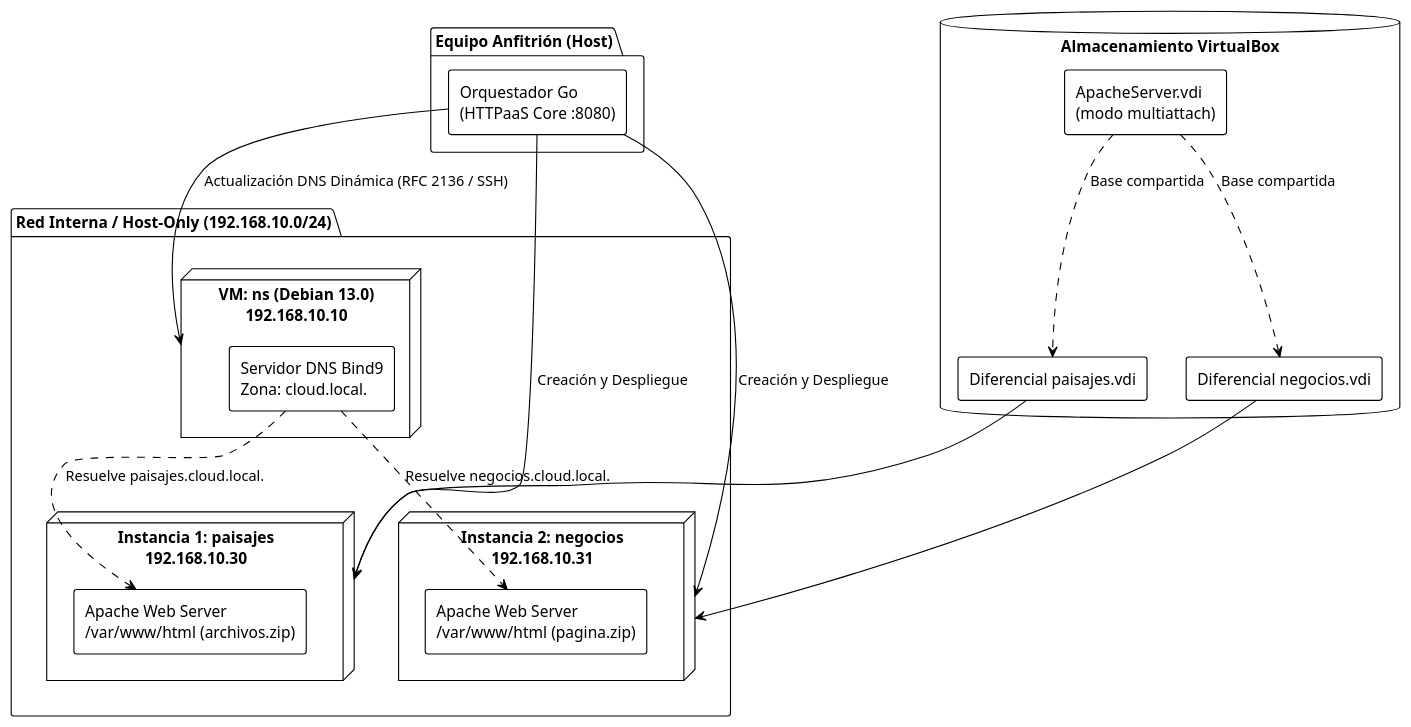
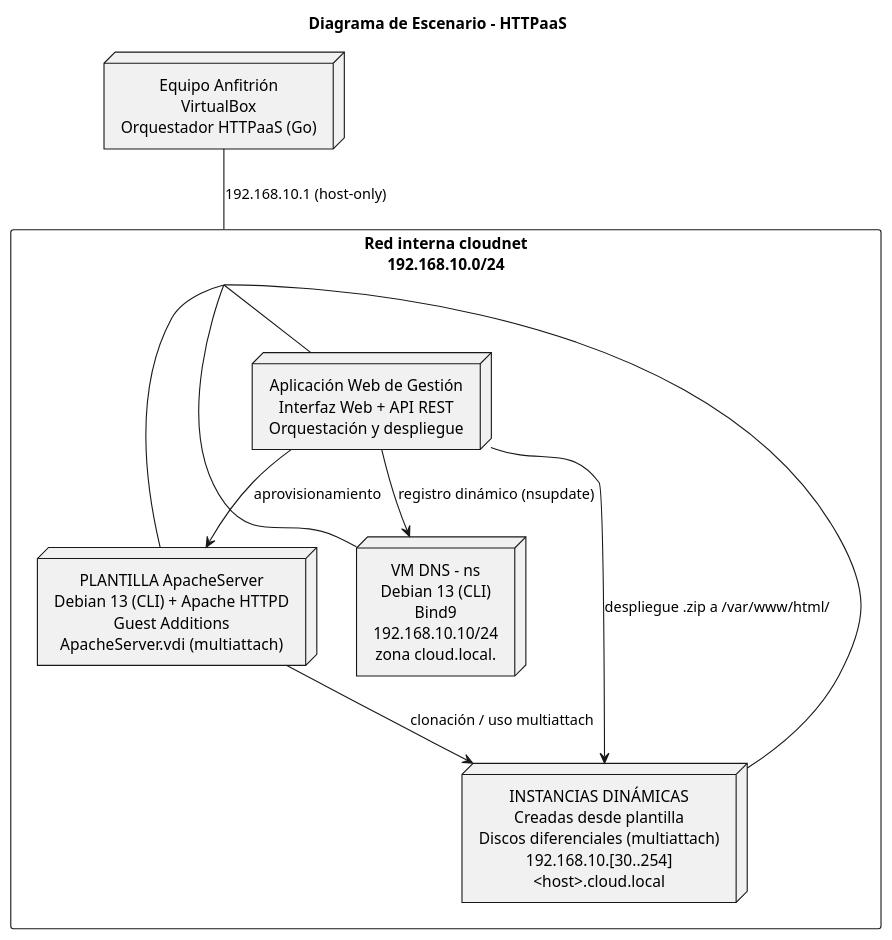
The diagram in docs/diagramas/escenario.puml (Andrey3681/HTTP-como-servicio), drawn with PlantUML before and after one commit. The commit also changed 11 other files, not shown here.

Commit message:
docs: actualizar objetivos, diagramas y referencias del informe

```diff
--- a/docs/diagramas/escenario.puml
+++ b/docs/diagramas/escenario.puml
@@ -1,41 +1,34 @@
 @startuml escenario
-!theme plain
-skinparam componentStyle rectangle
+skinparam monochrome true
+skinparam shadowing false
+skinparam defaultTextAlignment center
+skinparam rectangleBorderThickness 1
+skinparam nodeBorderThickness 1
 
-package "Equipo Anfitrión (Host)" {
-  [Orquestador Go\n(HTTPaaS Core :8080)] as Core
+title Diagrama de Escenario - HTTPaaS
+
+node "Equipo Anfitrión\nVirtualBox\nOrquestador HTTPaaS (Go)" as host
+
+rectangle "Red interna cloudnet\n192.168.10.0/24" as net {
+
+  node "VM DNS - ns\nDebian 13 (CLI)\nBind9\n192.168.10.10/24\nzona cloud.local." as dns
+
+  node "PLANTILLA ApacheServer\nDebian 13 (CLI) + Apache HTTPD\nGuest Additions\nApacheServer.vdi (multiattach)" as tmpl
+
+  node "INSTANCIAS DINÁMICAS\nCreadas desde plantilla\nDiscos diferenciales (multiattach)\n192.168.10.[30..254]\n<host>.cloud.local" as inst
+
+  node "Aplicación Web de Gestión\nInterfaz Web + API REST\nOrquestación y despliegue" as webapp
 }
 
-package "Red Interna / Host-Only (192.168.10.0/24)" {
-  node "VM: ns (Debian 13.0)\n192.168.10.10" as VMDNS {
-    [Servidor DNS Bind9\nZona: cloud.local.] as Bind9
-  }
+host -- net : 192.168.10.1 (host-only)
+net -- dns
+net -- tmpl
+net -- inst
+net -- webapp
 
-  node "Instancia 1: paisajes\n192.168.10.30" as VM1 {
-    [Apache Web Server\n/var/www/html (archivos.zip)] as Apache1
-  }
-
-  node "Instancia 2: negocios\n192.168.10.31" as VM2 {
-    [Apache Web Server\n/var/www/html (pagina.zip)] as Apache2
-  }
-}
-
-database "Almacenamiento VirtualBox" {
-  [ApacheServer.vdi\n(modo multiattach)] as BaseDisk
-  [Diferencial paisajes.vdi] as Diff1
-  [Diferencial negocios.vdi] as Diff2
-}
-
-Core --> VMDNS : Actualización DNS Dinámica (RFC 2136 / SSH)
-Core --> VM1 : Creación y Despliegue
-Core --> VM2 : Creación y Despliegue
-
-BaseDisk ..> Diff1 : Base compartida
-BaseDisk ..> Diff2 : Base compartida
-Diff1 --> VM1
-Diff2 --> VM2
-
-Bind9 ..> Apache1 : Resuelve paisajes.cloud.local.
-Bind9 ..> Apache2 : Resuelve negocios.cloud.local.
+tmpl --> inst : clonación / uso multiattach
+webapp --> dns : registro dinámico (nsupdate)
+webapp --> inst : despliegue .zip a /var/www/html/
+webapp --> tmpl : aprovisionamiento
 
 @enduml
```
